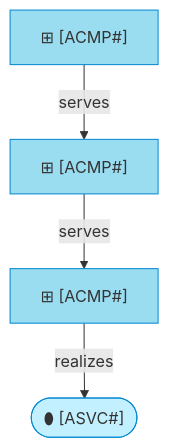
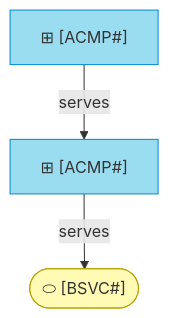
The second of 2 diagrams in plugins/archreator/assets/layers/4_application/README.md (roanboc/archreator), drawn with Mermaid before and after one commit. The commit also changed other lines of this file and 47 other files, not shown here.

````diff
--- a/plugins/archreator/assets/layers/4_application/README.md
+++ b/plugins/archreator/assets/layers/4_application/README.md
@@ -68,14 +57,12 @@
 ```mermaid
 flowchart TB
-  svc(["⬮ <What the software offers> [ASVC#]"]):::appservice
-  entry["⊞ <Entry point> [ACMP#]"]:::application
-  core["⊞ <Core logic> [ACMP#]"]:::application
-  adapter["⊞ <Adapter/implementation> [ACMP#]"]:::application
+  bsvc(["⬭ <What the business offers> [BSVC#]"]):::business
+  app["⊞ <The application that serves it> [ACMP#]"]:::application
+  other["⊞ <An application it depends on> [ACMP#]"]:::application
 
-  entry -->|realizes| svc
-  core -->|serves| entry
-  adapter -->|serves| core
+  app -->|serves| bsvc
+  other -->|serves| app
 
-  classDef appservice fill:#c2f0ff,stroke:#0288d1,color:#333
   classDef application fill:#9adcf0,stroke:#0288d1,color:#333
+  classDef business fill:#fffbb5,stroke:#b8a200,color:#333
 ```
````
